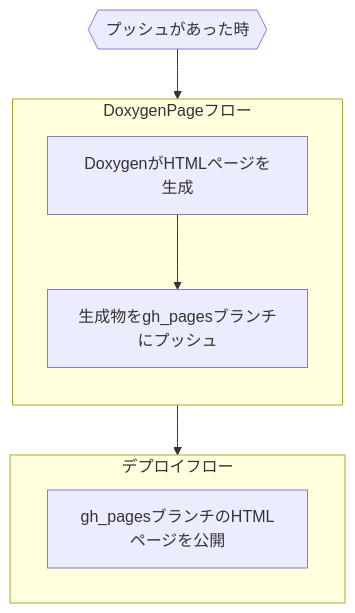
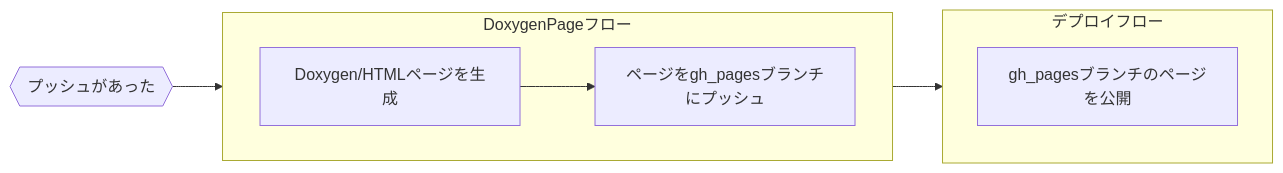
Before and after one commit to udonrobo/UdonLibrary: the diagram in docs/Developer/DoxygenPage.md, drawn with Mermaid. The commit also changed other lines of this file and 12 other files, not shown here.

````diff
--- a/docs/Developer/DoxygenPage.md
+++ b/docs/Developer/DoxygenPage.md
@@ -5,16 +5,16 @@
 ```mermaid
-flowchart TB
+flowchart LR
 
-    onpush{{プッシュがあった時}} --> DoxygenPageフロー
+    onpush{{プッシュがあった}} --> DoxygenPageフロー
 
     subgraph DoxygenPageフロー
-        direction TB
-        DoxygenがHTMLページを生成 --> 生成物をgh_pagesブランチにプッシュ
+        direction LR
+        Doxygen/HTMLページを生成 --> ページをgh_pagesブランチにプッシュ
     end
 
     DoxygenPageフロー --> デプロイフロー
 
     subgraph デプロイフロー
-        gh_pagesブランチのHTMLページを公開
+        gh_pagesブランチのページを公開
     end
 ```
````
